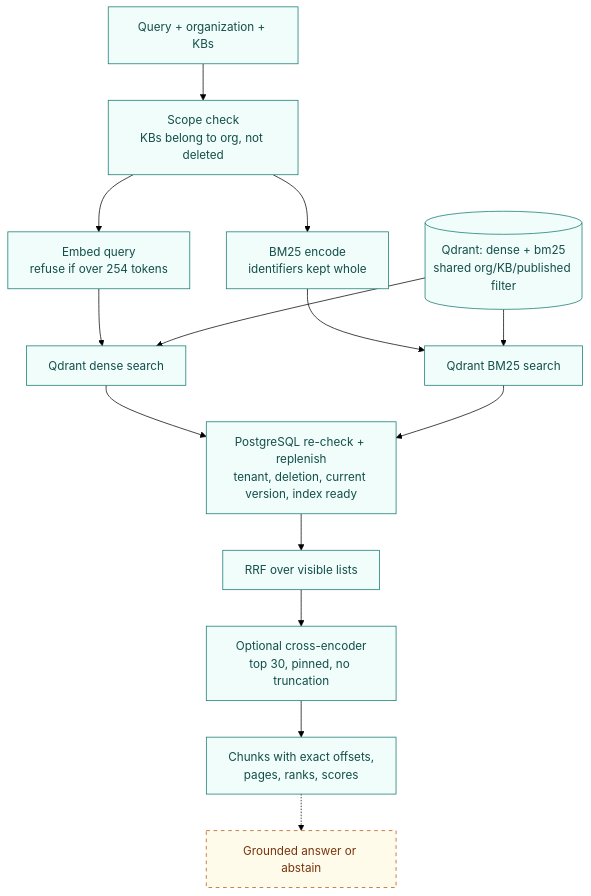
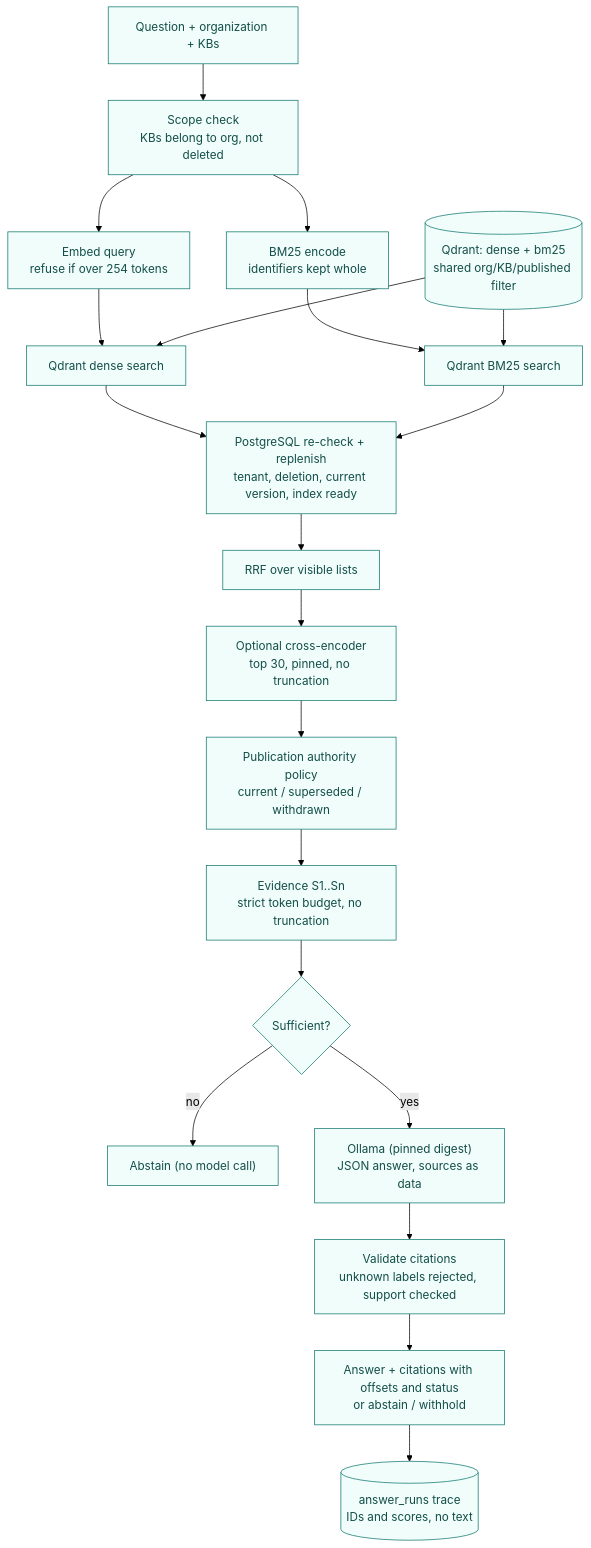
One commit to EOlaw/enterprise-rag-document-assistant changed the third of 3 diagrams in README.md. Above: the diagram before and after it, drawn with Mermaid (forest theme). The commit also changed other lines of this file and 9 other files, not shown here.

````diff
--- a/README.md
+++ b/README.md
@@ -148,20 +154,24 @@
 ```mermaid
 flowchart TB
-    question["Query + organization + KBs"] --> scope["Scope check<br/>KBs belong to org, not deleted"]
+    question["Question + organization + KBs"] --> scope["Scope check<br/>KBs belong to org, not deleted"]
     scope --> embed["Embed query<br/>refuse if over 254 tokens"]
     scope --> encode["BM25 encode<br/>identifiers kept whole"]
     embed --> dense["Qdrant dense search"]
     encode --> sparse["Qdrant BM25 search"]
     vectors[("Qdrant: dense + bm25<br/>shared org/KB/published filter")] --> dense & sparse
     dense --> recheck["PostgreSQL re-check + replenish<br/>tenant, deletion, current version, index ready"]
     sparse --> recheck
     recheck --> fuse["RRF over visible lists"]
     fuse --> rerank["Optional cross-encoder<br/>top 30, pinned, no truncation"]
-    rerank --> results["Chunks with exact offsets,<br/>pages, ranks, scores"]
-    results -.-> generate["Grounded answer or abstain"]
+    rerank --> authority["Publication authority policy<br/>current / superseded / withdrawn"]
+    authority --> budget["Evidence S1..Sn<br/>strict token budget, no truncation"]
+    budget --> sufficient{"Sufficient?"}
+    sufficient -- no --> abstain["Abstain (no model call)"]
+    sufficient -- yes --> llm["Ollama (pinned digest)<br/>JSON answer, sources as data"]
+    llm --> validate["Validate citations<br/>unknown labels rejected, support checked"]
+    validate --> answer["Answer + citations with offsets and status<br/>or abstain / withhold"]
+    answer --> trace[("answer_runs trace<br/>IDs and scores, no text")]
 
     classDef working fill:#f0fdfa,stroke:#0f766e,color:#134e4a
-    classDef planned fill:#fffbeb,stroke:#b45309,color:#78350f,stroke-dasharray:5 5
-    class question,scope,embed,encode,dense,sparse,vectors,recheck,fuse,rerank,results working
-    class generate planned
+    class question,scope,embed,encode,dense,sparse,vectors,recheck,fuse,rerank,authority,budget,sufficient,abstain,llm,validate,answer,trace working
 ```
````
